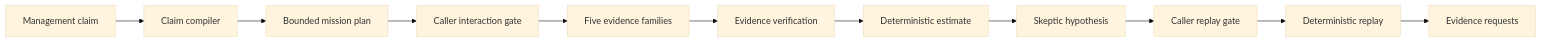
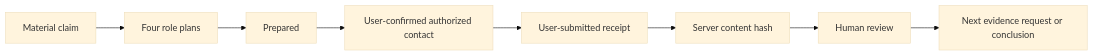
Before and after one commit to 0xWeakSheep/lrwa-agent: the diagram in METHODOLOGY.md, drawn with Mermaid (base theme). The commit also changed other lines of this file and 22 other files, not shown here.

````diff
--- a/METHODOLOGY.md
+++ b/METHODOLOGY.md
@@ -22,13 +16,10 @@
 ```mermaid
 flowchart LR
-  A["Management claim"] --> B["Claim compiler"]
-  B --> C["Bounded mission plan"]
-  C --> D["Caller interaction gate"]
-  D --> E["Five evidence families"]
-  E --> F["Evidence verification"]
-  F --> G["Deterministic estimate"]
-  G --> H["Skeptic hypothesis"]
-  H --> I["Caller replay gate"]
-  I --> J["Deterministic replay"]
-  J --> K["Evidence requests"]
+  A["Material claim"] --> B["Four role plans"]
+  B --> C["Prepared"]
+  C --> D["User-confirmed authorized contact"]
+  D --> E["User-submitted receipt"]
+  E --> F["Server content hash"]
+  F --> G["Human review"]
+  G --> H["Next evidence request or conclusion"]
 ```
````
